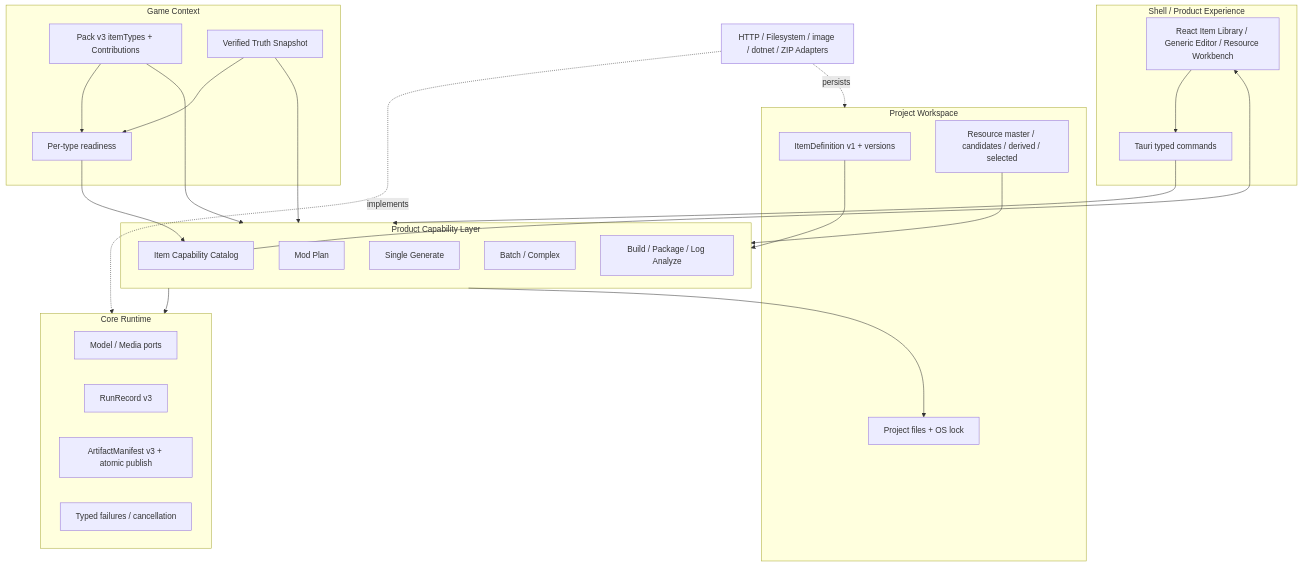
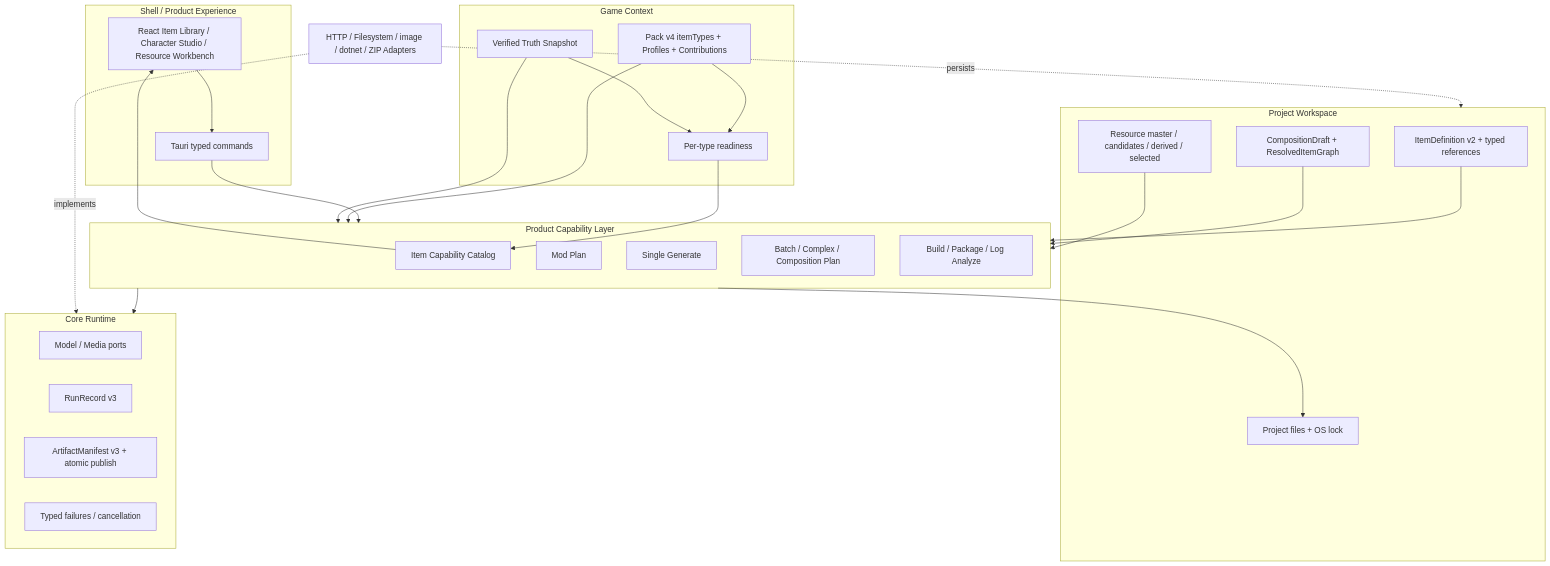
One commit to Frashmeat/AgentForSTS2 changed the first of 2 diagrams in docs/03-当前方案/当前方案.md. Above: the diagram before and after it, drawn with Mermaid. The commit also changed other lines of this file and 32 other files, not shown here.

Commit message:
feat(pack): establish character composition contracts

````diff
--- a/docs/03-当前方案/当前方案.md
+++ b/docs/03-当前方案/当前方案.md
@@ -15,50 +15,52 @@
 ```mermaid
 flowchart TB
     subgraph Shell[Shell / Product Experience]
-        React[React Item Library / Generic Editor / Resource Workbench]
+        React[React Item Library / Character Studio / Resource Workbench]
         Tauri[Tauri typed commands]
     end
 
     subgraph Capability[Product Capability Layer]
         Catalog[Item Capability Catalog]
         Plan[Mod Plan]
         Single[Single Generate]
-        Batch[Batch / Complex]
+        Batch[Batch / Complex / Composition Plan]
         Build[Build / Package / Log Analyze]
     end
 
     subgraph Game[Game Context]
-        Pack[Pack v3 itemTypes + Contributions]
+        Pack[Pack v4 itemTypes + Profiles + Contributions]
         Truth[Verified Truth Snapshot]
         Ready[Per-type readiness]
     end
 
     subgraph Workspace[Project Workspace]
-        Items[ItemDefinition v1 + versions]
+        Items[ItemDefinition v2 + typed references]
+        Drafts[CompositionDraft + ResolvedItemGraph]
         Resources[Resource master / candidates / derived / selected]
         Project[Project files + OS lock]
     end
 
     subgraph Core[Core Runtime]
         Model[Model / Media ports]
         Run[RunRecord v3]
         Artifact[ArtifactManifest v3 + atomic publish]
         Failure[Typed failures / cancellation]
     end
 
     Adapters[HTTP / Filesystem / image / dotnet / ZIP Adapters]
 
     Pack --> Ready
     Truth --> Ready
     Ready --> Catalog
     Catalog --> React
     React --> Tauri --> Capability
     Pack --> Capability
     Truth --> Capability
     Items --> Capability
+    Drafts --> Capability
     Resources --> Capability
     Capability --> Core
     Capability --> Project
     Adapters -. implements .-> Core
     Adapters -. persists .-> Workspace
 ```
````
